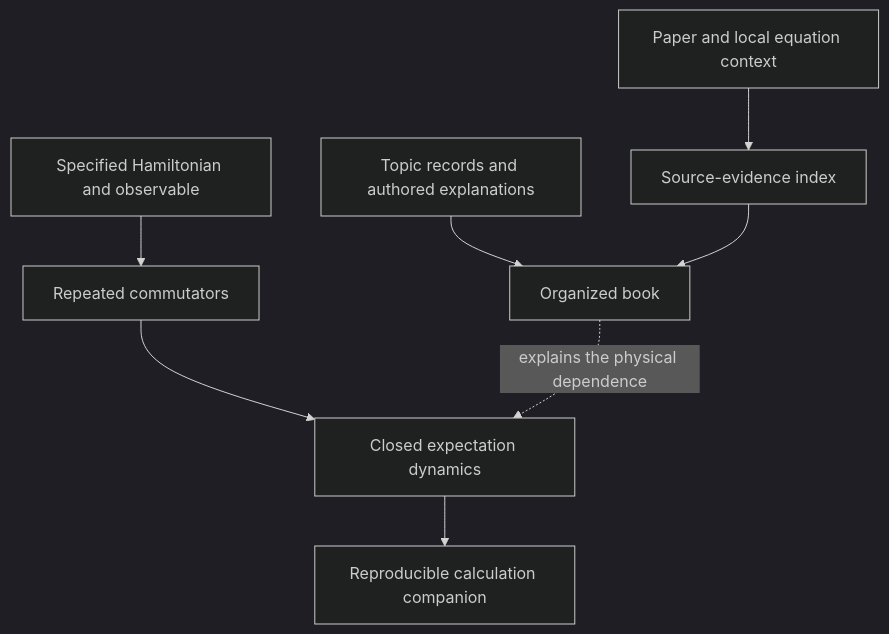
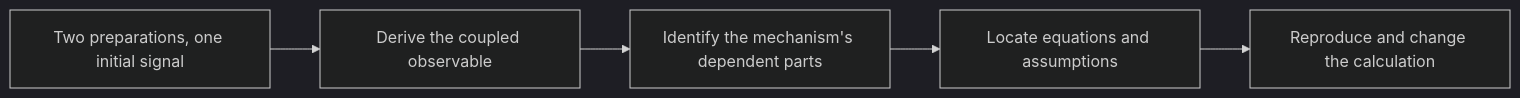
One commit to synthetix-institute/morphwiki changed the diagram in docs/tutorial/index.md. Above: the diagram before and after it, drawn with Mermaid (dark theme). The commit also changed other lines of this file and 19 other files, not shown here.

````diff
--- a/docs/tutorial/index.md
+++ b/docs/tutorial/index.md
@@ -50,10 +16,7 @@
 ```mermaid
-flowchart TD
-    P["Paper and local equation context"] --> S["Source-evidence index"]
-    T["Topic records and authored explanations"] --> B["Organized book"]
-    S --> B
-    H["Specified Hamiltonian and observable"] --> C["Repeated commutators"]
-    C --> O["Closed expectation dynamics"]
-    B -. "explains the physical dependence" .-> O
-    O --> R["Reproducible calculation companion"]
+flowchart LR
+    E["Two preparations, one initial signal"] --> D["Derive the coupled observable"]
+    D --> M["Identify the mechanism's dependent parts"]
+    M --> S["Locate equations and assumptions"]
+    S --> V["Reproduce and change the calculation"]
 ```
````
